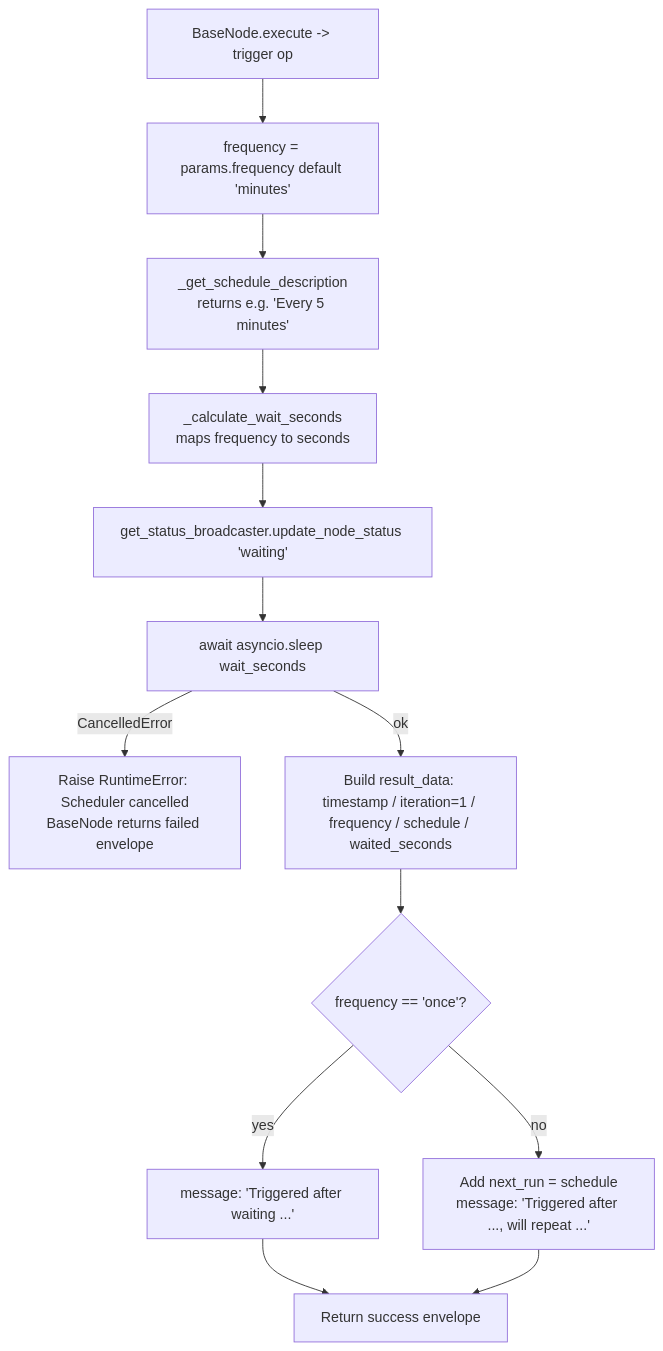
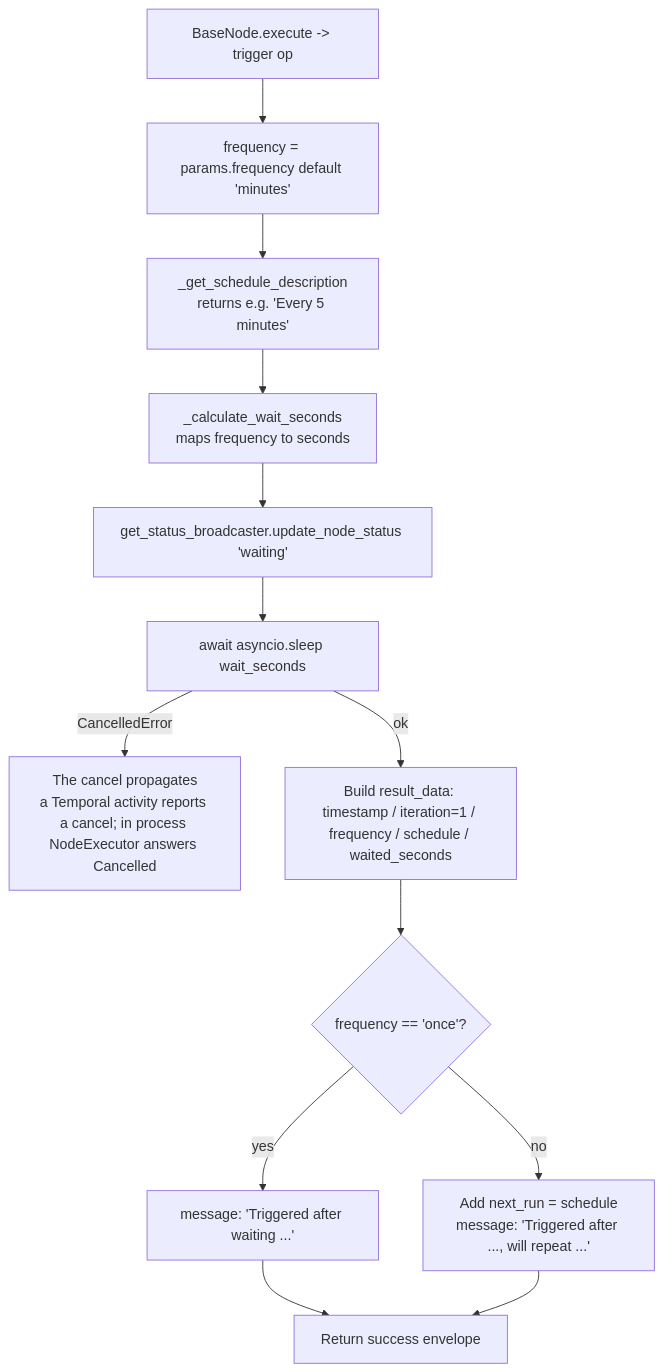
One commit to zeenie-ai/OpenCompany changed the diagram in docs-internal/node-logic-flows/workflow_triggers/cronScheduler.md. Above: the diagram before and after it, drawn with Mermaid. The commit also changed other lines of this file and 9 other files, not shown here.

First line of the commit message:
fix(temporal): a cancel reaches the activity; a cut call leaves its card (RFC-0006 1b.2)

````diff
--- a/docs-internal/node-logic-flows/workflow_triggers/cronScheduler.md
+++ b/docs-internal/node-logic-flows/workflow_triggers/cronScheduler.md
@@ -78,15 +78,15 @@
 ```mermaid
 flowchart TD
   A[BaseNode.execute -> trigger op] --> B[frequency = params.frequency default 'minutes']
   B --> C[_get_schedule_description<br/>returns e.g. 'Every 5 minutes']
   C --> D[_calculate_wait_seconds<br/>maps frequency to seconds]
   D --> E[get_status_broadcaster.update_node_status 'waiting']
   E --> F[await asyncio.sleep wait_seconds]
-  F -- CancelledError --> G[Raise RuntimeError: Scheduler cancelled<br/>BaseNode returns failed envelope]
+  F -- CancelledError --> G[The cancel propagates<br/>a Temporal activity reports a cancel; in process NodeExecutor answers Cancelled]
   F -- ok --> I[Build result_data: timestamp / iteration=1 / frequency / schedule / waited_seconds]
   I --> J{frequency == 'once'?}
   J -- yes --> K[message: 'Triggered after waiting ...']
   J -- no --> L[Add next_run = schedule<br/>message: 'Triggered after ..., will repeat ...']
   K --> M[Return success envelope]
   L --> M
 ```
````
